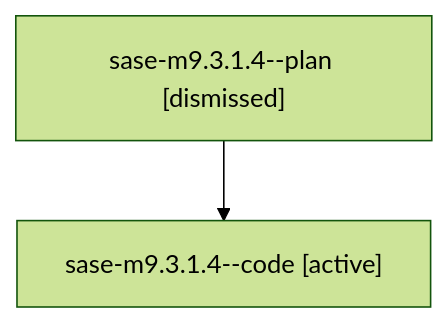
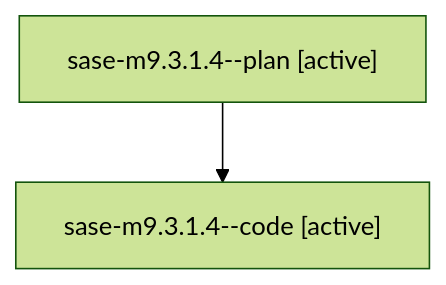
One commit to sase-org/sase--agents changed the diagram in families/bbugyi200.athena.sase-m9.3.1.4.md. Above: the diagram before and after it, drawn with Mermaid (forest theme). The commit also changed other lines of this file and 35830 other files, not shown here.

````diff
--- a/families/bbugyi200.athena.sase-m9.3.1.4.md
+++ b/families/bbugyi200.athena.sase-m9.3.1.4.md
@@ -9,6 +9,6 @@
 ```mermaid
 flowchart TD
-  n0["sase-m9.3.1.4--plan [dismissed]"]
+  n0["sase-m9.3.1.4--plan [active]"]
   n1["sase-m9.3.1.4--code [active]"]
   n0 --> n1
 ```
````
